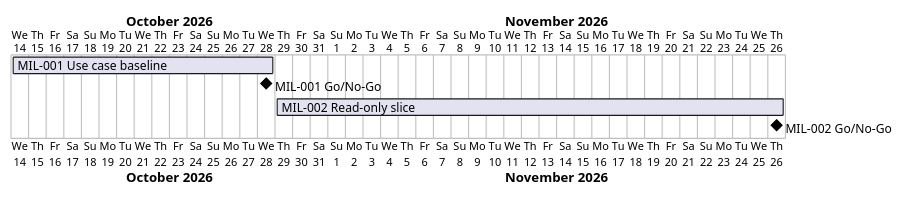
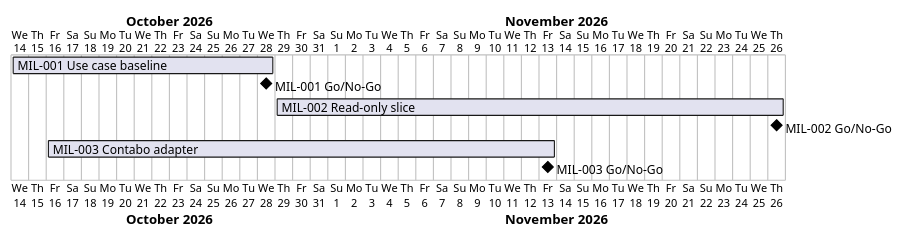
The diagram in docs/project-plan.md (TirSystem/iac-node-forge), drawn with PlantUML before and after one commit. The commit also changed other lines of this file and 2 other files, not shown here.

First line of the commit message:
Plan MIL-003: the Contabo read-only adapter

````diff
--- a/docs/project-plan.md
+++ b/docs/project-plan.md
@@ -44,9 +47,11 @@
 ```plantuml
 @startgantt
 Project starts 2026-10-14
 [MIL-001 Use case baseline] starts 2026-10-14 and ends 2026-10-28
 [MIL-001 Go/No-Go] happens 2026-10-28
 [MIL-002 Read-only slice] starts 2026-10-29 and ends 2026-11-26
 [MIL-002 Go/No-Go] happens 2026-11-26
+[MIL-003 Contabo adapter] starts 2026-10-16 and ends 2026-11-13
+[MIL-003 Go/No-Go] happens 2026-11-13
 @endgantt
 ```
````
